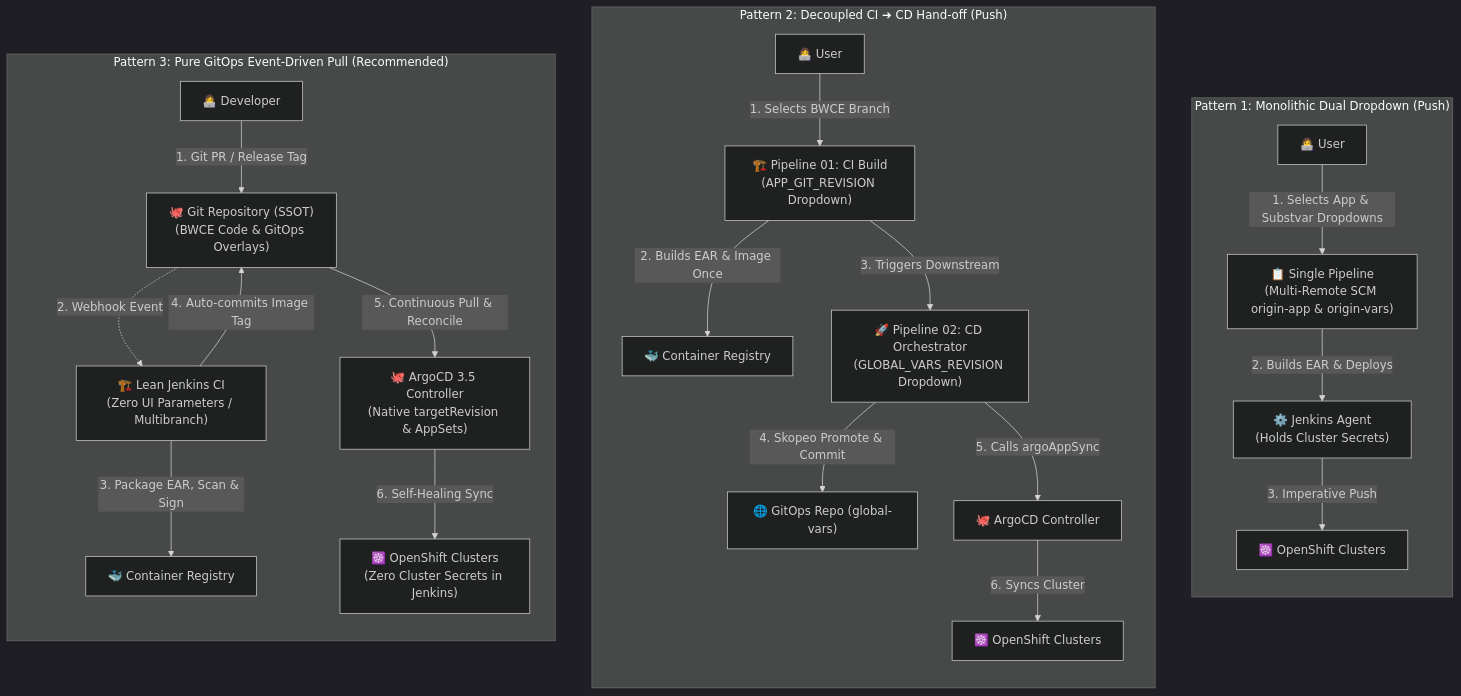
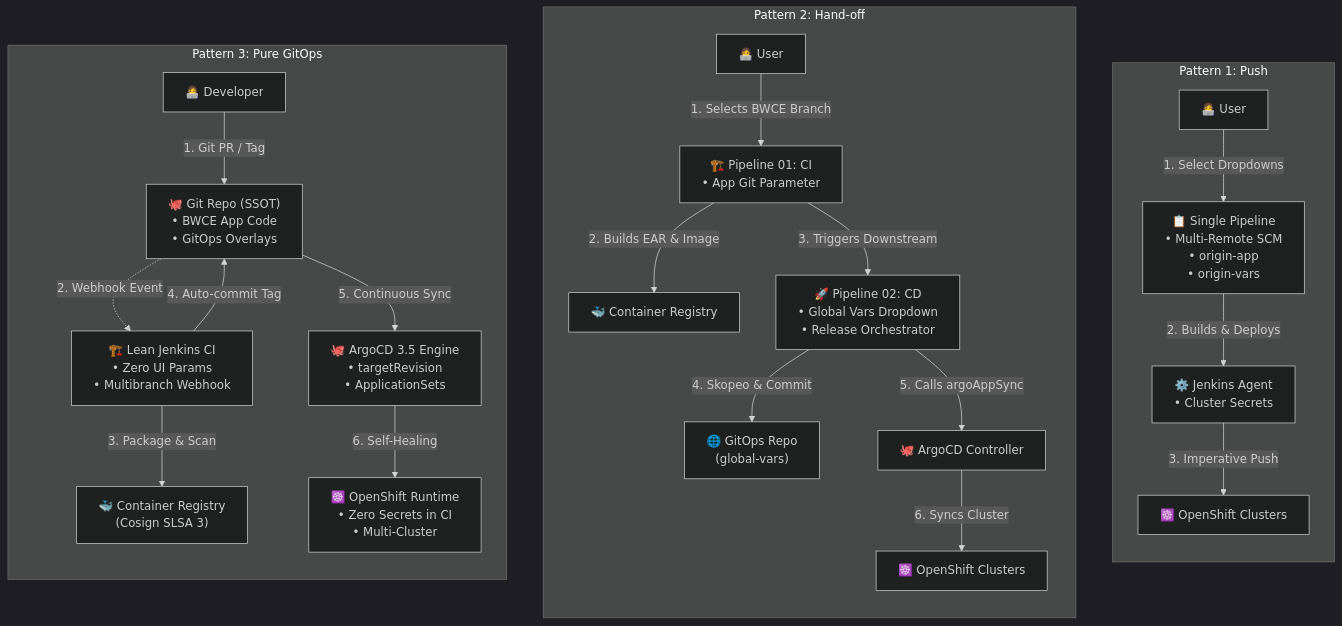
One commit to nubenetes/jenkins-without-git-parameter-bwce changed the first of 15 diagrams in README.md. Above: the diagram before and after it, drawn with Mermaid (dark theme). The commit also changed other lines of this file, not shown here.

Commit message:
fix(mermaid): enforce hard 20-char line limit on all diagram nodes to permanently prevent text clipping on GitHub

````diff
--- a/README.md
+++ b/README.md
@@ -156,29 +156,29 @@
 ```mermaid
 flowchart TB
-    subgraph P1["Pattern 1: Monolithic Dual Dropdown (Push)"]
+    subgraph P1["Pattern 1: Push"]
         direction TB
-        Dev1["👩‍💻 User"] -->|"1. Selects App & Substvar Dropdowns"| JJob1["📋 Single Pipeline<br/>(Multi-Remote SCM origin-app & origin-vars)"]
-        JJob1 -->|"2. Builds EAR & Deploys"| Agent1["⚙️ Jenkins Agent<br/>(Holds Cluster Secrets)"]
+        Dev1["👩‍💻 User"] -->|"1. Select Dropdowns"| JJob1["📋 Single Pipeline<br/>• Multi-Remote SCM<br/>• origin-app<br/>• origin-vars"]
+        JJob1 -->|"2. Builds & Deploys"| Agent1["⚙️ Jenkins Agent<br/>• Cluster Secrets"]
         Agent1 -->|"3. Imperative Push"| K8s1["☸️ OpenShift Clusters"]
     end
 
-    subgraph P2["Pattern 2: Decoupled CI ➔ CD Hand-off (Push)"]
+    subgraph P2["Pattern 2: Hand-off"]
         direction TB
-        Dev2["👩‍💻 User"] -->|"1. Selects BWCE Branch"| CI2["🏗️ Pipeline 01: CI Build<br/>(APP_GIT_REVISION Dropdown)"]
-        CI2 -->|"2. Builds EAR & Image Once"| Reg2["🐳 Container Registry"]
-        CI2 -->|"3. Triggers Downstream"| CD2["🚀 Pipeline 02: CD Orchestrator<br/>(GLOBAL_VARS_REVISION Dropdown)"]
-        CD2 -->|"4. Skopeo Promote & Commit"| GitOps2["🌐 GitOps Repo (global-vars)"]
+        Dev2["👩‍💻 User"] -->|"1. Selects BWCE Branch"| CI2["🏗️ Pipeline 01: CI<br/>• App Git Parameter"]
+        CI2 -->|"2. Builds EAR & Image"| Reg2["🐳 Container Registry"]
+        CI2 -->|"3. Triggers Downstream"| CD2["🚀 Pipeline 02: CD<br/>• Global Vars Dropdown<br/>• Release Orchestrator"]
+        CD2 -->|"4. Skopeo & Commit"| GitOps2["🌐 GitOps Repo<br/>(global-vars)"]
         CD2 -->|"5. Calls argoAppSync"| Argo2["🐙 ArgoCD Controller"]
         Argo2 -->|"6. Syncs Cluster"| K8s2["☸️ OpenShift Clusters"]
     end
 
-    subgraph P3["Pattern 3: Pure GitOps Event-Driven Pull (Recommended)"]
+    subgraph P3["Pattern 3: Pure GitOps"]
         direction TB
-        Dev3["👩‍💻 Developer"] -->|"1. Git PR / Release Tag"| Git3["🐙 Git Repository (SSOT)<br/>(BWCE Code & GitOps Overlays)"]
-        Git3 -.->|"2. Webhook Event"| CI3["🏗️ Lean Jenkins CI<br/>(Zero UI Parameters / Multibranch)"]
-        CI3 -->|"3. Package EAR, Scan & Sign"| Reg3["🐳 Container Registry"]
-        CI3 -->|"4. Auto-commits Image Tag"| Git3
-        Git3 -->|"5. Continuous Pull & Reconcile"| Argo3["🐙 ArgoCD 3.5 Controller<br/>(Native targetRevision & AppSets)"]
-        Argo3 -->|"6. Self-Healing Sync"| K8s3["☸️ OpenShift Clusters<br/>(Zero Cluster Secrets in Jenkins)"]
+        Dev3["👩‍💻 Developer"] -->|"1. Git PR / Tag"| Git3["🐙 Git Repo (SSOT)<br/>• BWCE App Code<br/>• GitOps Overlays"]
+        Git3 -.->|"2. Webhook Event"| CI3["🏗️ Lean Jenkins CI<br/>• Zero UI Params<br/>• Multibranch Webhook"]
+        CI3 -->|"3. Package & Scan"| Reg3["🐳 Container Registry<br/>(Cosign SLSA 3)"]
+        CI3 -->|"4. Auto-commit Tag"| Git3
+        Git3 -->|"5. Continuous Sync"| Argo3["🐙 ArgoCD 3.5 Engine<br/>• targetRevision<br/>• ApplicationSets"]
+        Argo3 -->|"6. Self-Healing"| K8s3["☸️ OpenShift Runtime<br/>• Zero Secrets in CI<br/>• Multi-Cluster"]
     end
 ```
````
